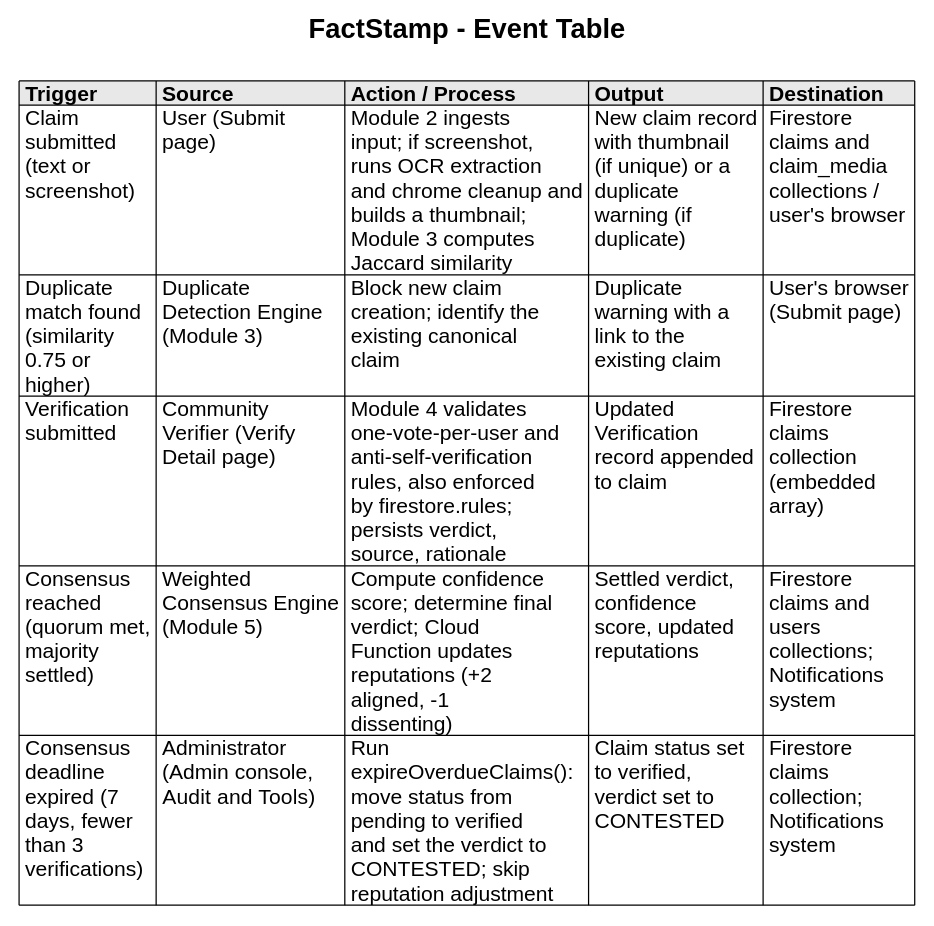
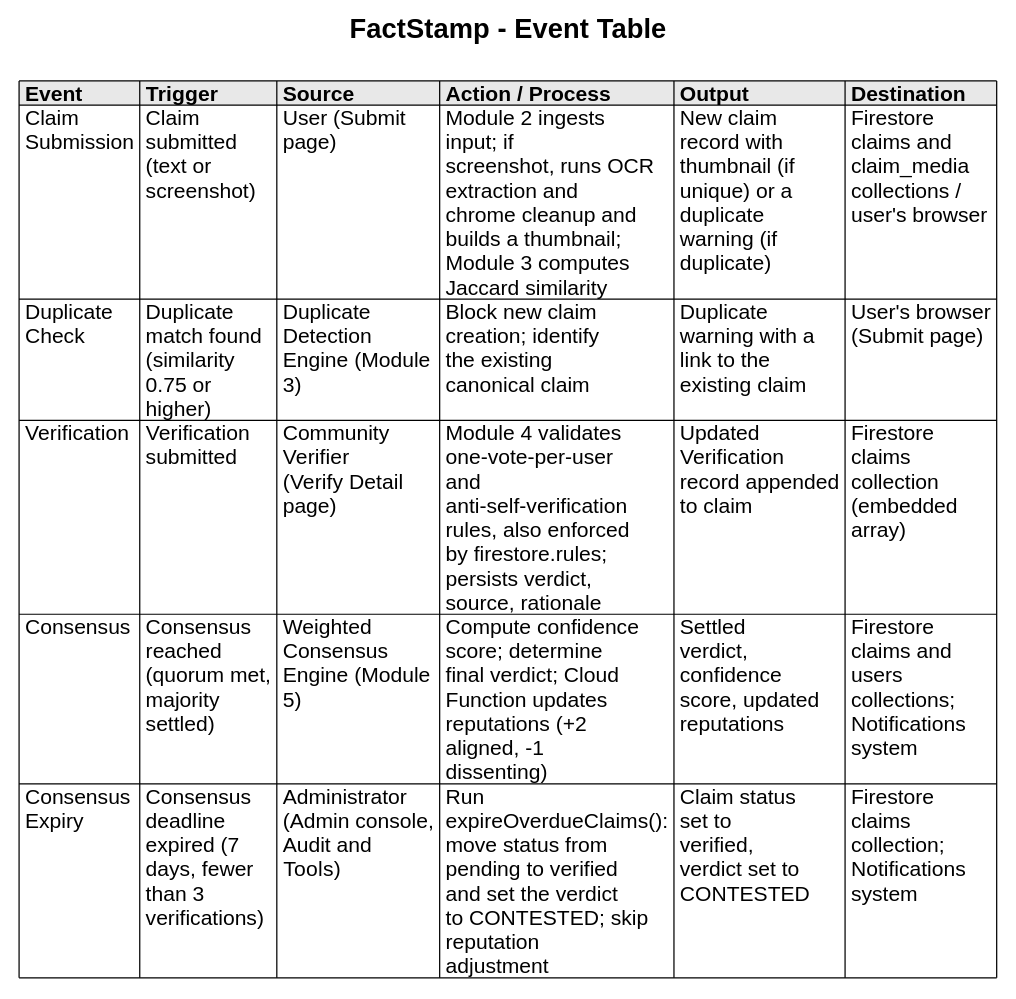
The diagram in FactStamp/black_book_draft/03_Requirements_and_Analysis/attachments/event_table.puml (aadish0day/typst), drawn with PlantUML before and after one commit. The commit also changed 27 other files, not shown here.

```diff
--- a/FactStamp/black_book_draft/03_Requirements_and_Analysis/attachments/event_table.puml
+++ b/FactStamp/black_book_draft/03_Requirements_and_Analysis/attachments/event_table.puml
@@ -1,22 +1,22 @@
 @startuml
 skinparam monochrome true
 skinparam defaultFontName "Liberation Sans"
 skinparam defaultFontSize 17
 skinparam titleFontSize 22
 skinparam titleFontStyle bold
 skinparam backgroundColor white
 skinparam legendBorderColor white
 skinparam legendBackgroundColor white
 skinparam legendFontSize 17
 
 title FactStamp - Event Table
 
 legend top
-|=<#E8E8E8><U+200B><U+00A0>Trigger<U+00A0><U+200B>|=<#E8E8E8><U+200B><U+00A0>Source<U+00A0><U+200B>|=<#E8E8E8><U+200B><U+00A0>Action / Process<U+00A0><U+200B>|=<#E8E8E8><U+200B><U+00A0>Output<U+00A0><U+200B>|=<#E8E8E8><U+200B><U+00A0>Destination<U+00A0><U+200B>|
-|<U+200B><U+00A0>Claim<U+00A0><U+200B>\n<U+200B><U+00A0>submitted<U+00A0><U+200B>\n<U+200B><U+00A0>(text or<U+00A0><U+200B>\n<U+200B><U+00A0>screenshot)<U+00A0><U+200B>|<U+200B><U+00A0>User (Submit<U+00A0><U+200B>\n<U+200B><U+00A0>page)<U+00A0><U+200B>|<U+200B><U+00A0>Module 2 ingests<U+00A0><U+200B>\n<U+200B><U+00A0>input; if screenshot,<U+00A0><U+200B>\n<U+200B><U+00A0>runs OCR extraction<U+00A0><U+200B>\n<U+200B><U+00A0>and chrome cleanup and<U+00A0><U+200B>\n<U+200B><U+00A0>builds a thumbnail;<U+00A0><U+200B>\n<U+200B><U+00A0>Module 3 computes<U+00A0><U+200B>\n<U+200B><U+00A0>Jaccard similarity<U+00A0><U+200B>|<U+200B><U+00A0>New claim record<U+00A0><U+200B>\n<U+200B><U+00A0>with thumbnail<U+00A0><U+200B>\n<U+200B><U+00A0>(if unique) or a<U+00A0><U+200B>\n<U+200B><U+00A0>duplicate<U+00A0><U+200B>\n<U+200B><U+00A0>warning (if<U+00A0><U+200B>\n<U+200B><U+00A0>duplicate)<U+00A0><U+200B>|<U+200B><U+00A0>Firestore<U+00A0><U+200B>\n<U+200B><U+00A0>claims and<U+00A0><U+200B>\n<U+200B><U+00A0>claim_media<U+00A0><U+200B>\n<U+200B><U+00A0>collections /<U+00A0><U+200B>\n<U+200B><U+00A0>user's browser<U+00A0><U+200B>|
-|<U+200B><U+00A0>Duplicate<U+00A0><U+200B>\n<U+200B><U+00A0>match found<U+00A0><U+200B>\n<U+200B><U+00A0>(similarity<U+00A0><U+200B>\n<U+200B><U+00A0>0.75 or<U+00A0><U+200B>\n<U+200B><U+00A0>higher)<U+00A0><U+200B>|<U+200B><U+00A0>Duplicate<U+00A0><U+200B>\n<U+200B><U+00A0>Detection Engine<U+00A0><U+200B>\n<U+200B><U+00A0>(Module 3)<U+00A0><U+200B>|<U+200B><U+00A0>Block new claim<U+00A0><U+200B>\n<U+200B><U+00A0>creation; identify the<U+00A0><U+200B>\n<U+200B><U+00A0>existing canonical<U+00A0><U+200B>\n<U+200B><U+00A0>claim<U+00A0><U+200B>|<U+200B><U+00A0>Duplicate<U+00A0><U+200B>\n<U+200B><U+00A0>warning with a<U+00A0><U+200B>\n<U+200B><U+00A0>link to the<U+00A0><U+200B>\n<U+200B><U+00A0>existing claim<U+00A0><U+200B>|<U+200B><U+00A0>User's browser<U+00A0><U+200B>\n<U+200B><U+00A0>(Submit page)<U+00A0><U+200B>|
-|<U+200B><U+00A0>Verification<U+00A0><U+200B>\n<U+200B><U+00A0>submitted<U+00A0><U+200B>|<U+200B><U+00A0>Community<U+00A0><U+200B>\n<U+200B><U+00A0>Verifier (Verify<U+00A0><U+200B>\n<U+200B><U+00A0>Detail page)<U+00A0><U+200B>|<U+200B><U+00A0>Module 4 validates<U+00A0><U+200B>\n<U+200B><U+00A0>one-vote-per-user and<U+00A0><U+200B>\n<U+200B><U+00A0>anti-self-verification<U+00A0><U+200B>\n<U+200B><U+00A0>rules, also enforced<U+00A0><U+200B>\n<U+200B><U+00A0>by firestore.rules;<U+00A0><U+200B>\n<U+200B><U+00A0>persists verdict,<U+00A0><U+200B>\n<U+200B><U+00A0>source, rationale<U+00A0><U+200B>|<U+200B><U+00A0>Updated<U+00A0><U+200B>\n<U+200B><U+00A0>Verification<U+00A0><U+200B>\n<U+200B><U+00A0>record appended<U+00A0><U+200B>\n<U+200B><U+00A0>to claim<U+00A0><U+200B>|<U+200B><U+00A0>Firestore<U+00A0><U+200B>\n<U+200B><U+00A0>claims<U+00A0><U+200B>\n<U+200B><U+00A0>collection<U+00A0><U+200B>\n<U+200B><U+00A0>(embedded<U+00A0><U+200B>\n<U+200B><U+00A0>array)<U+00A0><U+200B>|
-|<U+200B><U+00A0>Consensus<U+00A0><U+200B>\n<U+200B><U+00A0>reached<U+00A0><U+200B>\n<U+200B><U+00A0>(quorum met,<U+00A0><U+200B>\n<U+200B><U+00A0>majority<U+00A0><U+200B>\n<U+200B><U+00A0>settled)<U+00A0><U+200B>|<U+200B><U+00A0>Weighted<U+00A0><U+200B>\n<U+200B><U+00A0>Consensus Engine<U+00A0><U+200B>\n<U+200B><U+00A0>(Module 5)<U+00A0><U+200B>|<U+200B><U+00A0>Compute confidence<U+00A0><U+200B>\n<U+200B><U+00A0>score; determine final<U+00A0><U+200B>\n<U+200B><U+00A0>verdict; Cloud<U+00A0><U+200B>\n<U+200B><U+00A0>Function updates<U+00A0><U+200B>\n<U+200B><U+00A0>reputations (+2<U+00A0><U+200B>\n<U+200B><U+00A0>aligned, -1<U+00A0><U+200B>\n<U+200B><U+00A0>dissenting)<U+00A0><U+200B>|<U+200B><U+00A0>Settled verdict,<U+00A0><U+200B>\n<U+200B><U+00A0>confidence<U+00A0><U+200B>\n<U+200B><U+00A0>score, updated<U+00A0><U+200B>\n<U+200B><U+00A0>reputations<U+00A0><U+200B>|<U+200B><U+00A0>Firestore<U+00A0><U+200B>\n<U+200B><U+00A0>claims and<U+00A0><U+200B>\n<U+200B><U+00A0>users<U+00A0><U+200B>\n<U+200B><U+00A0>collections;<U+00A0><U+200B>\n<U+200B><U+00A0>Notifications<U+00A0><U+200B>\n<U+200B><U+00A0>system<U+00A0><U+200B>|
-|<U+200B><U+00A0>Consensus<U+00A0><U+200B>\n<U+200B><U+00A0>deadline<U+00A0><U+200B>\n<U+200B><U+00A0>expired (7<U+00A0><U+200B>\n<U+200B><U+00A0>days, fewer<U+00A0><U+200B>\n<U+200B><U+00A0>than 3<U+00A0><U+200B>\n<U+200B><U+00A0>verifications)<U+00A0><U+200B>|<U+200B><U+00A0>Administrator<U+00A0><U+200B>\n<U+200B><U+00A0>(Admin console,<U+00A0><U+200B>\n<U+200B><U+00A0>Audit and Tools)<U+00A0><U+200B>|<U+200B><U+00A0>Run<U+00A0><U+200B>\n<U+200B><U+00A0>expireOverdueClaims():<U+00A0><U+200B>\n<U+200B><U+00A0>move status from<U+00A0><U+200B>\n<U+200B><U+00A0>pending to verified<U+00A0><U+200B>\n<U+200B><U+00A0>and set the verdict to<U+00A0><U+200B>\n<U+200B><U+00A0>CONTESTED; skip<U+00A0><U+200B>\n<U+200B><U+00A0>reputation adjustment<U+00A0><U+200B>|<U+200B><U+00A0>Claim status set<U+00A0><U+200B>\n<U+200B><U+00A0>to verified,<U+00A0><U+200B>\n<U+200B><U+00A0>verdict set to<U+00A0><U+200B>\n<U+200B><U+00A0>CONTESTED<U+00A0><U+200B>|<U+200B><U+00A0>Firestore<U+00A0><U+200B>\n<U+200B><U+00A0>claims<U+00A0><U+200B>\n<U+200B><U+00A0>collection;<U+00A0><U+200B>\n<U+200B><U+00A0>Notifications<U+00A0><U+200B>\n<U+200B><U+00A0>system<U+00A0><U+200B>|
+|=<#E8E8E8><U+200B><U+00A0>Event<U+00A0><U+200B>|=<#E8E8E8><U+200B><U+00A0>Trigger<U+00A0><U+200B>|=<#E8E8E8><U+200B><U+00A0>Source<U+00A0><U+200B>|=<#E8E8E8><U+200B><U+00A0>Action / Process<U+00A0><U+200B>|=<#E8E8E8><U+200B><U+00A0>Output<U+00A0><U+200B>|=<#E8E8E8><U+200B><U+00A0>Destination<U+00A0><U+200B>|
+|<U+200B><U+00A0>Claim<U+00A0><U+200B>\n<U+200B><U+00A0>Submission<U+00A0><U+200B>|<U+200B><U+00A0>Claim<U+00A0><U+200B>\n<U+200B><U+00A0>submitted<U+00A0><U+200B>\n<U+200B><U+00A0>(text or<U+00A0><U+200B>\n<U+200B><U+00A0>screenshot)<U+00A0><U+200B>|<U+200B><U+00A0>User (Submit<U+00A0><U+200B>\n<U+200B><U+00A0>page)<U+00A0><U+200B>|<U+200B><U+00A0>Module 2 ingests<U+00A0><U+200B>\n<U+200B><U+00A0>input; if<U+00A0><U+200B>\n<U+200B><U+00A0>screenshot, runs OCR<U+00A0><U+200B>\n<U+200B><U+00A0>extraction and<U+00A0><U+200B>\n<U+200B><U+00A0>chrome cleanup and<U+00A0><U+200B>\n<U+200B><U+00A0>builds a thumbnail;<U+00A0><U+200B>\n<U+200B><U+00A0>Module 3 computes<U+00A0><U+200B>\n<U+200B><U+00A0>Jaccard similarity<U+00A0><U+200B>|<U+200B><U+00A0>New claim<U+00A0><U+200B>\n<U+200B><U+00A0>record with<U+00A0><U+200B>\n<U+200B><U+00A0>thumbnail (if<U+00A0><U+200B>\n<U+200B><U+00A0>unique) or a<U+00A0><U+200B>\n<U+200B><U+00A0>duplicate<U+00A0><U+200B>\n<U+200B><U+00A0>warning (if<U+00A0><U+200B>\n<U+200B><U+00A0>duplicate)<U+00A0><U+200B>|<U+200B><U+00A0>Firestore<U+00A0><U+200B>\n<U+200B><U+00A0>claims and<U+00A0><U+200B>\n<U+200B><U+00A0>claim_media<U+00A0><U+200B>\n<U+200B><U+00A0>collections /<U+00A0><U+200B>\n<U+200B><U+00A0>user's browser<U+00A0><U+200B>|
+|<U+200B><U+00A0>Duplicate<U+00A0><U+200B>\n<U+200B><U+00A0>Check<U+00A0><U+200B>|<U+200B><U+00A0>Duplicate<U+00A0><U+200B>\n<U+200B><U+00A0>match found<U+00A0><U+200B>\n<U+200B><U+00A0>(similarity<U+00A0><U+200B>\n<U+200B><U+00A0>0.75 or<U+00A0><U+200B>\n<U+200B><U+00A0>higher)<U+00A0><U+200B>|<U+200B><U+00A0>Duplicate<U+00A0><U+200B>\n<U+200B><U+00A0>Detection<U+00A0><U+200B>\n<U+200B><U+00A0>Engine (Module<U+00A0><U+200B>\n<U+200B><U+00A0>3)<U+00A0><U+200B>|<U+200B><U+00A0>Block new claim<U+00A0><U+200B>\n<U+200B><U+00A0>creation; identify<U+00A0><U+200B>\n<U+200B><U+00A0>the existing<U+00A0><U+200B>\n<U+200B><U+00A0>canonical claim<U+00A0><U+200B>|<U+200B><U+00A0>Duplicate<U+00A0><U+200B>\n<U+200B><U+00A0>warning with a<U+00A0><U+200B>\n<U+200B><U+00A0>link to the<U+00A0><U+200B>\n<U+200B><U+00A0>existing claim<U+00A0><U+200B>|<U+200B><U+00A0>User's browser<U+00A0><U+200B>\n<U+200B><U+00A0>(Submit page)<U+00A0><U+200B>|
+|<U+200B><U+00A0>Verification<U+00A0><U+200B>|<U+200B><U+00A0>Verification<U+00A0><U+200B>\n<U+200B><U+00A0>submitted<U+00A0><U+200B>|<U+200B><U+00A0>Community<U+00A0><U+200B>\n<U+200B><U+00A0>Verifier<U+00A0><U+200B>\n<U+200B><U+00A0>(Verify Detail<U+00A0><U+200B>\n<U+200B><U+00A0>page)<U+00A0><U+200B>|<U+200B><U+00A0>Module 4 validates<U+00A0><U+200B>\n<U+200B><U+00A0>one-vote-per-user<U+00A0><U+200B>\n<U+200B><U+00A0>and<U+00A0><U+200B>\n<U+200B><U+00A0>anti-self-verification<U+00A0><U+200B>\n<U+200B><U+00A0>rules, also enforced<U+00A0><U+200B>\n<U+200B><U+00A0>by firestore.rules;<U+00A0><U+200B>\n<U+200B><U+00A0>persists verdict,<U+00A0><U+200B>\n<U+200B><U+00A0>source, rationale<U+00A0><U+200B>|<U+200B><U+00A0>Updated<U+00A0><U+200B>\n<U+200B><U+00A0>Verification<U+00A0><U+200B>\n<U+200B><U+00A0>record appended<U+00A0><U+200B>\n<U+200B><U+00A0>to claim<U+00A0><U+200B>|<U+200B><U+00A0>Firestore<U+00A0><U+200B>\n<U+200B><U+00A0>claims<U+00A0><U+200B>\n<U+200B><U+00A0>collection<U+00A0><U+200B>\n<U+200B><U+00A0>(embedded<U+00A0><U+200B>\n<U+200B><U+00A0>array)<U+00A0><U+200B>|
+|<U+200B><U+00A0>Consensus<U+00A0><U+200B>|<U+200B><U+00A0>Consensus<U+00A0><U+200B>\n<U+200B><U+00A0>reached<U+00A0><U+200B>\n<U+200B><U+00A0>(quorum met,<U+00A0><U+200B>\n<U+200B><U+00A0>majority<U+00A0><U+200B>\n<U+200B><U+00A0>settled)<U+00A0><U+200B>|<U+200B><U+00A0>Weighted<U+00A0><U+200B>\n<U+200B><U+00A0>Consensus<U+00A0><U+200B>\n<U+200B><U+00A0>Engine (Module<U+00A0><U+200B>\n<U+200B><U+00A0>5)<U+00A0><U+200B>|<U+200B><U+00A0>Compute confidence<U+00A0><U+200B>\n<U+200B><U+00A0>score; determine<U+00A0><U+200B>\n<U+200B><U+00A0>final verdict; Cloud<U+00A0><U+200B>\n<U+200B><U+00A0>Function updates<U+00A0><U+200B>\n<U+200B><U+00A0>reputations (+2<U+00A0><U+200B>\n<U+200B><U+00A0>aligned, -1<U+00A0><U+200B>\n<U+200B><U+00A0>dissenting)<U+00A0><U+200B>|<U+200B><U+00A0>Settled<U+00A0><U+200B>\n<U+200B><U+00A0>verdict,<U+00A0><U+200B>\n<U+200B><U+00A0>confidence<U+00A0><U+200B>\n<U+200B><U+00A0>score, updated<U+00A0><U+200B>\n<U+200B><U+00A0>reputations<U+00A0><U+200B>|<U+200B><U+00A0>Firestore<U+00A0><U+200B>\n<U+200B><U+00A0>claims and<U+00A0><U+200B>\n<U+200B><U+00A0>users<U+00A0><U+200B>\n<U+200B><U+00A0>collections;<U+00A0><U+200B>\n<U+200B><U+00A0>Notifications<U+00A0><U+200B>\n<U+200B><U+00A0>system<U+00A0><U+200B>|
+|<U+200B><U+00A0>Consensus<U+00A0><U+200B>\n<U+200B><U+00A0>Expiry<U+00A0><U+200B>|<U+200B><U+00A0>Consensus<U+00A0><U+200B>\n<U+200B><U+00A0>deadline<U+00A0><U+200B>\n<U+200B><U+00A0>expired (7<U+00A0><U+200B>\n<U+200B><U+00A0>days, fewer<U+00A0><U+200B>\n<U+200B><U+00A0>than 3<U+00A0><U+200B>\n<U+200B><U+00A0>verifications)<U+00A0><U+200B>|<U+200B><U+00A0>Administrator<U+00A0><U+200B>\n<U+200B><U+00A0>(Admin console,<U+00A0><U+200B>\n<U+200B><U+00A0>Audit and<U+00A0><U+200B>\n<U+200B><U+00A0>Tools)<U+00A0><U+200B>|<U+200B><U+00A0>Run<U+00A0><U+200B>\n<U+200B><U+00A0>expireOverdueClaims():<U+00A0><U+200B>\n<U+200B><U+00A0>move status from<U+00A0><U+200B>\n<U+200B><U+00A0>pending to verified<U+00A0><U+200B>\n<U+200B><U+00A0>and set the verdict<U+00A0><U+200B>\n<U+200B><U+00A0>to CONTESTED; skip<U+00A0><U+200B>\n<U+200B><U+00A0>reputation<U+00A0><U+200B>\n<U+200B><U+00A0>adjustment<U+00A0><U+200B>|<U+200B><U+00A0>Claim status<U+00A0><U+200B>\n<U+200B><U+00A0>set to<U+00A0><U+200B>\n<U+200B><U+00A0>verified,<U+00A0><U+200B>\n<U+200B><U+00A0>verdict set to<U+00A0><U+200B>\n<U+200B><U+00A0>CONTESTED<U+00A0><U+200B>|<U+200B><U+00A0>Firestore<U+00A0><U+200B>\n<U+200B><U+00A0>claims<U+00A0><U+200B>\n<U+200B><U+00A0>collection;<U+00A0><U+200B>\n<U+200B><U+00A0>Notifications<U+00A0><U+200B>\n<U+200B><U+00A0>system<U+00A0><U+200B>|
 endlegend
 @enduml
```
